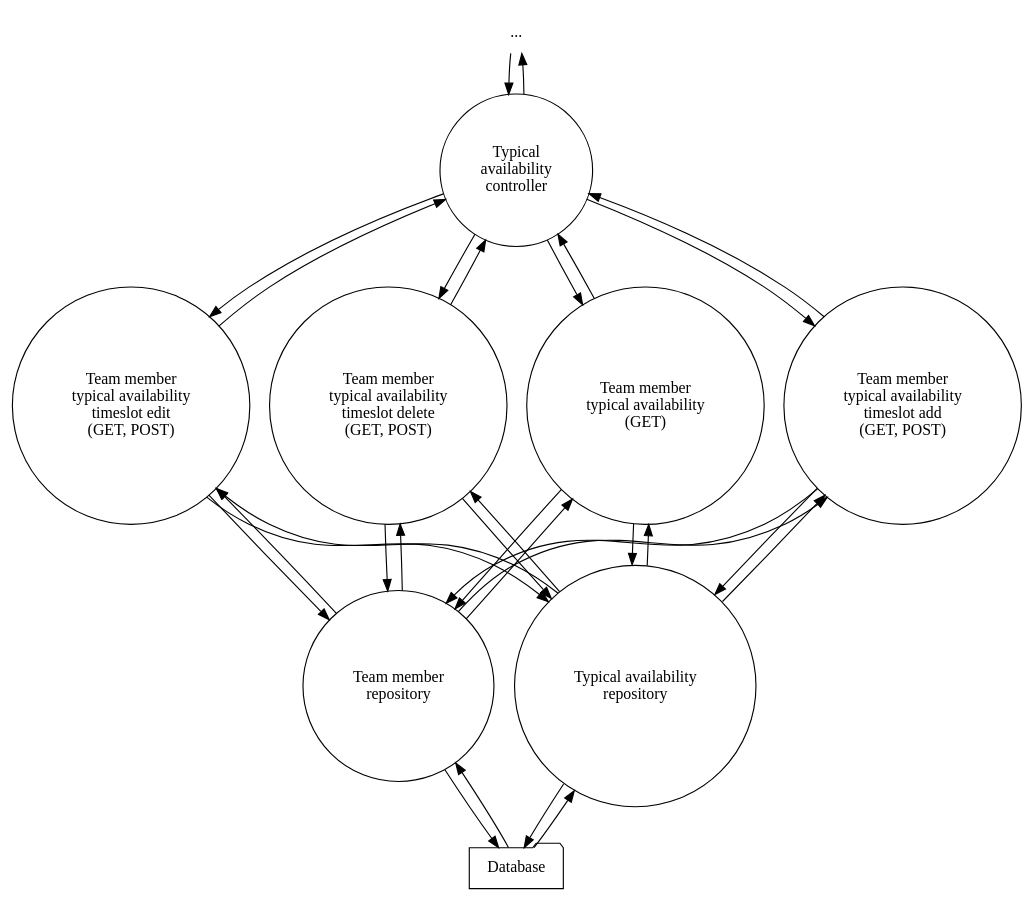
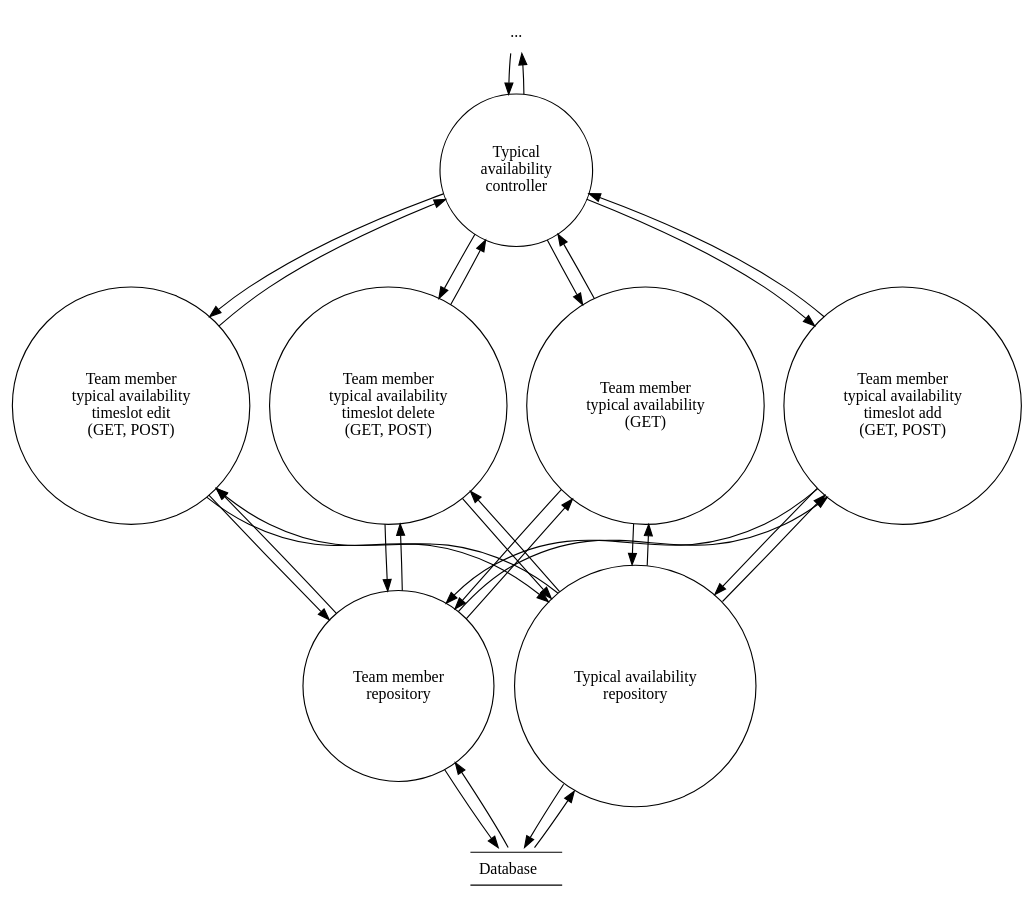
Before and after one commit to luke-hamann/stc-cis-248: the diagram in design/data_flow_diagrams/level_3.3_typical_availability.dot, drawn with Graphviz. The commit also changed 13 other files, not shown here.

```diff
--- a/design/data_flow_diagrams/level_3.3_typical_availability.dot
+++ b/design/data_flow_diagrams/level_3.3_typical_availability.dot
@@ -1,54 +1,60 @@
 digraph data_flow_diagram {
     node [ shape = circle ]
     
     "..." [ shape = none ]
     
     "..." -> "Typical\navailability\ncontroller" -> "..."
 
     subgraph actions {
         rank = same
         
         "Team member\ntypical availability\n(GET)"
         "Team member\ntypical availability\ntimeslot add\n(GET, POST)"
         "Team member\ntypical availability\ntimeslot edit\n(GET, POST)"
         "Team member\ntypical availability\ntimeslot delete\n(GET, POST)"
     }
     
     "Typical\navailability\ncontroller" -> {
         "Team member\ntypical availability\n(GET)"
         "Team member\ntypical availability\ntimeslot add\n(GET, POST)"
         "Team member\ntypical availability\ntimeslot edit\n(GET, POST)"
         "Team member\ntypical availability\ntimeslot delete\n(GET, POST)"
     } -> "Typical\navailability\ncontroller"
     
     subgraph repositories {
         rank = same
         
         "Team member\nrepository"
         "Typical availability\nrepository"
     }
     
     {
         "Team member\nrepository"
         "Typical availability\nrepository"
     }
     ->
     {
         "Team member\ntypical availability\n(GET)"
         "Team member\ntypical availability\ntimeslot add\n(GET, POST)"
         "Team member\ntypical availability\ntimeslot edit\n(GET, POST)"
         "Team member\ntypical availability\ntimeslot delete\n(GET, POST)"
     }
     ->
     {
         "Team member\nrepository"
         "Typical availability\nrepository"
     }
     
-    Database [ shape = folder ]
+    Database [
+        label = <
+            <TABLE BORDER="1" SIDES="TB" CELLBORDER="0" CELLPADDING="6" CELLSPACING="0">
+                <TR><TD>Database</TD></TR>
+            </TABLE>
+        >,
+        shape = none ]
     
     Database -> {
         "Team member\nrepository"
         "Typical availability\nrepository"
     } -> Database
 }
```
